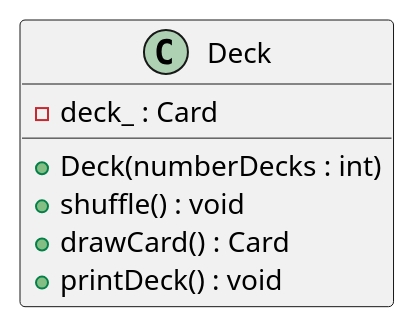
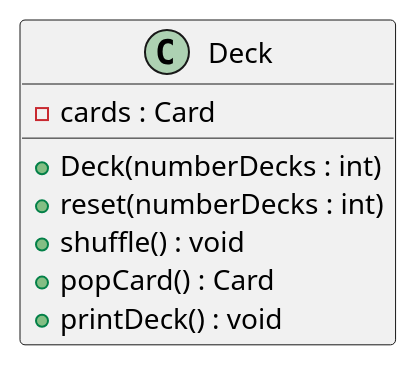
Before and after one commit to aaron-arnason-1988/Canasta-Hand-And-Foot: the second of 2 diagrams in canasta.puml, drawn with PlantUML. The commit also changed 4 other files, not shown here.

Commit message:
Implemented deck class, updated uml.

```diff
--- a/canasta.puml
+++ b/canasta.puml
@@ -13,11 +13,12 @@
 @startuml
 
 class Deck {
 	+ Deck(numberDecks : int)
+  + reset(numberDecks : int)
 	+ shuffle() : void
-	+ drawCard() : Card
+	+ popCard() : Card
 	+ printDeck() : void
-  - deck_ : Card
+  - cards : Card
 }
 
 @enduml
```
